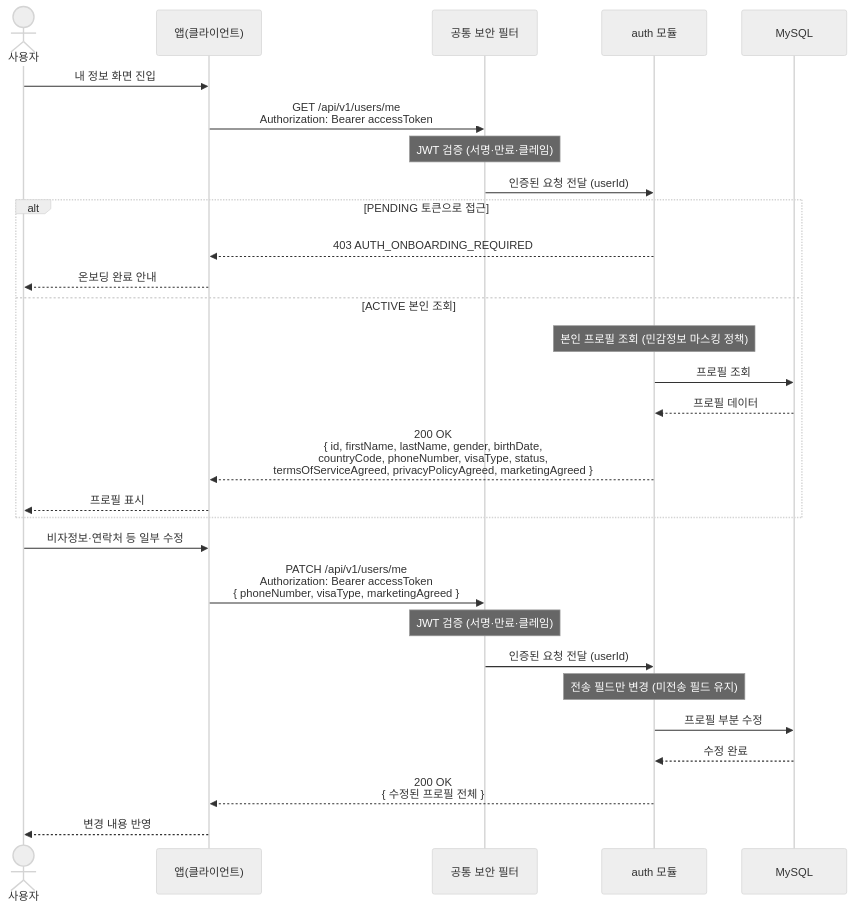
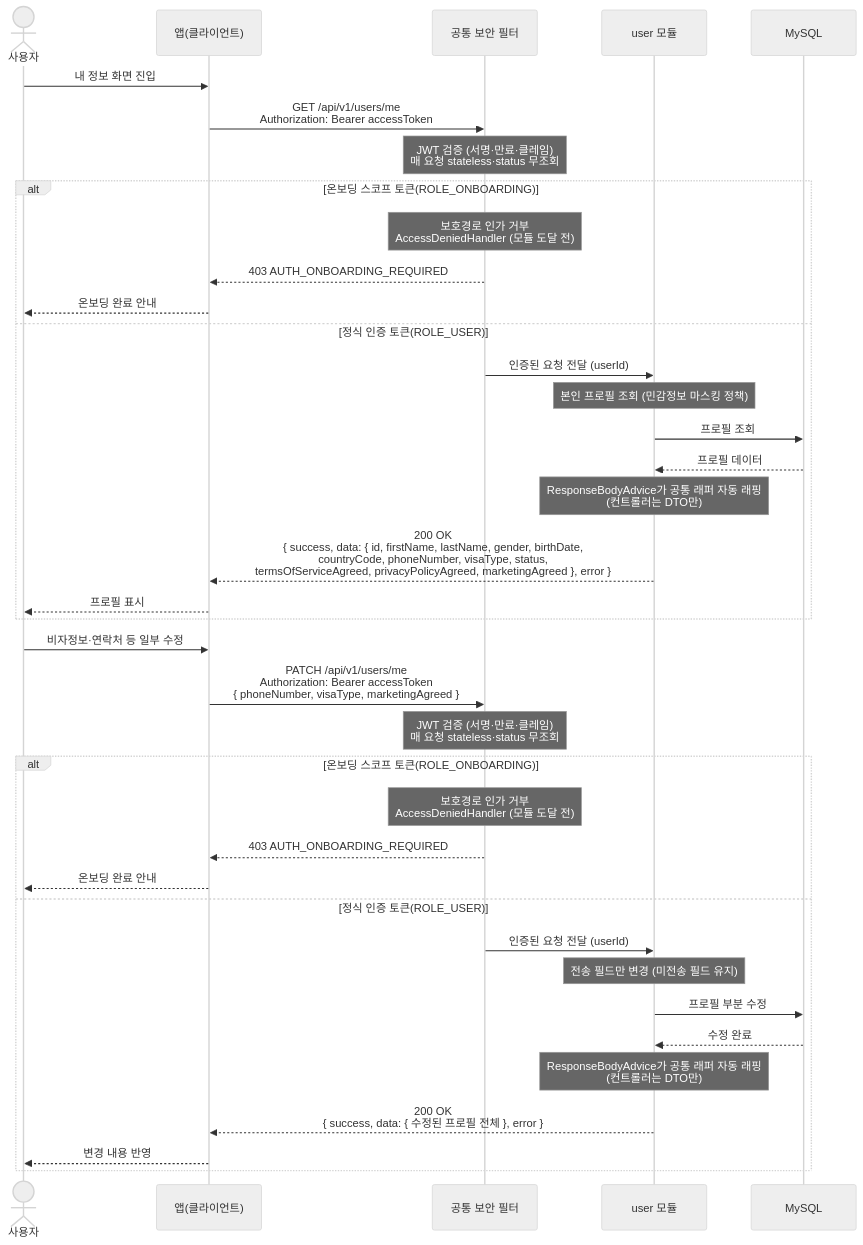
The diagram in docs/architecture/sequence-diagrams/01-auth-onboarding/us-1-5-profile-view-update.md (jameskim9509/Kohere-backend), drawn with Mermaid (neutral theme) before and after one commit. The commit also changed other lines of this file and 20 other files, not shown here.

First line of the commit message:
docs: auth-onboarding 결정 ADR(0010-0015)·문서 정합 (#27)

````diff
--- a/docs/architecture/sequence-diagrams/01-auth-onboarding/us-1-5-profile-view-update.md
+++ b/docs/architecture/sequence-diagrams/01-auth-onboarding/us-1-5-profile-view-update.md
@@ -5,33 +5,42 @@
 ```mermaid
 sequenceDiagram
     actor U as 사용자
     participant C as 앱(클라이언트)
     participant SEC as 공통 보안 필터
-    participant AUTH as auth 모듈
+    participant USER as user 모듈
     participant DB as MySQL
 
     U->>C: 내 정보 화면 진입
     C->>SEC: GET /api/v1/users/me<br/>Authorization: Bearer accessToken
-    Note over SEC: JWT 검증 (서명·만료·클레임)
-    SEC->>AUTH: 인증된 요청 전달 (userId)
-    alt PENDING 토큰으로 접근
-        AUTH-->>C: 403 AUTH_ONBOARDING_REQUIRED
+    Note over SEC: JWT 검증 (서명·만료·클레임)<br/>매 요청 stateless·status 무조회
+    alt 온보딩 스코프 토큰(ROLE_ONBOARDING)
+        Note over SEC: 보호경로 인가 거부<br/>AccessDeniedHandler (모듈 도달 전)
+        SEC-->>C: 403 AUTH_ONBOARDING_REQUIRED
         C-->>U: 온보딩 완료 안내
-    else ACTIVE 본인 조회
-        Note over AUTH: 본인 프로필 조회 (민감정보 마스킹 정책)
-        AUTH->>DB: 프로필 조회
-        DB-->>AUTH: 프로필 데이터
-        AUTH-->>C: 200 OK<br/>{ id, firstName, lastName, gender, birthDate,<br/>countryCode, phoneNumber, visaType, status,<br/>termsOfServiceAgreed, privacyPolicyAgreed, marketingAgreed }
+    else 정식 인증 토큰(ROLE_USER)
+        SEC->>USER: 인증된 요청 전달 (userId)
+        Note over USER: 본인 프로필 조회 (민감정보 마스킹 정책)
+        USER->>DB: 프로필 조회
+        DB-->>USER: 프로필 데이터
+        Note over USER: ResponseBodyAdvice가 공통 래퍼 자동 래핑<br/>(컨트롤러는 DTO만)
+        USER-->>C: 200 OK<br/>{ success, data: { id, firstName, lastName, gender, birthDate,<br/>countryCode, phoneNumber, visaType, status,<br/>termsOfServiceAgreed, privacyPolicyAgreed, marketingAgreed }, error }
         C-->>U: 프로필 표시
     end
 
     U->>C: 비자정보·연락처 등 일부 수정
     C->>SEC: PATCH /api/v1/users/me<br/>Authorization: Bearer accessToken<br/>{ phoneNumber, visaType, marketingAgreed }
-    Note over SEC: JWT 검증 (서명·만료·클레임)
-    SEC->>AUTH: 인증된 요청 전달 (userId)
-    Note over AUTH: 전송 필드만 변경 (미전송 필드 유지)
-    AUTH->>DB: 프로필 부분 수정
-    DB-->>AUTH: 수정 완료
-    AUTH-->>C: 200 OK<br/>{ 수정된 프로필 전체 }
-    C-->>U: 변경 내용 반영
+    Note over SEC: JWT 검증 (서명·만료·클레임)<br/>매 요청 stateless·status 무조회
+    alt 온보딩 스코프 토큰(ROLE_ONBOARDING)
+        Note over SEC: 보호경로 인가 거부<br/>AccessDeniedHandler (모듈 도달 전)
+        SEC-->>C: 403 AUTH_ONBOARDING_REQUIRED
+        C-->>U: 온보딩 완료 안내
+    else 정식 인증 토큰(ROLE_USER)
+        SEC->>USER: 인증된 요청 전달 (userId)
+        Note over USER: 전송 필드만 변경 (미전송 필드 유지)
+        USER->>DB: 프로필 부분 수정
+        DB-->>USER: 수정 완료
+        Note over USER: ResponseBodyAdvice가 공통 래퍼 자동 래핑<br/>(컨트롤러는 DTO만)
+        USER-->>C: 200 OK<br/>{ success, data: { 수정된 프로필 전체 }, error }
+        C-->>U: 변경 내용 반영
+    end
 ```
````
